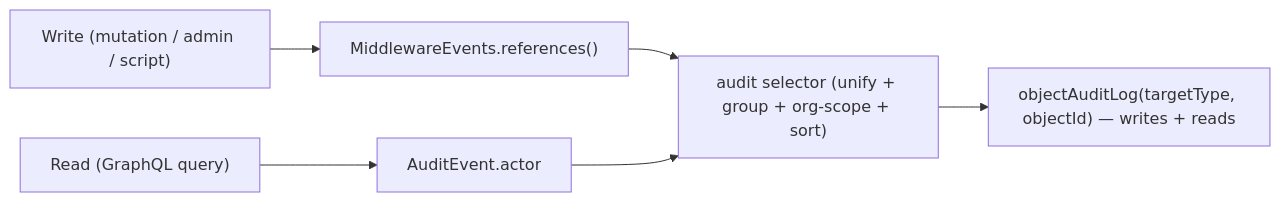
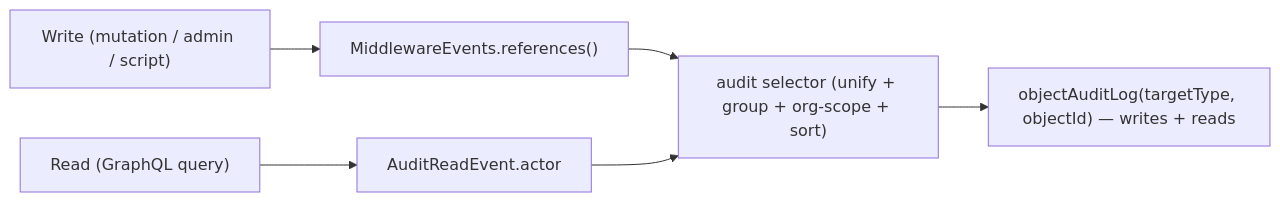
The second of 2 diagrams in docs/adr/0004-shelter-audit-log.md (BetterAngelsLA/monorepo), drawn with Mermaid before and after one commit. The commit also changed other lines of this file, not shown here.

First line of the commit message:
docs(adr): revise shelter audit log plan (naming, pagination, rendering, retention)

````diff
--- a/docs/adr/0004-shelter-audit-log.md
+++ b/docs/adr/0004-shelter-audit-log.md
@@ -1461,8 +1447,8 @@
 ```mermaid
 flowchart LR
   write["Write (mutation / admin / script)"] --> pg["MiddlewareEvents.references()"]
-  read["Read (GraphQL query)"] --> ae["AuditEvent.actor"]
+  read["Read (GraphQL query)"] --> ae["AuditReadEvent.actor"]
   pg --> selector["audit selector (unify + group + org-scope + sort)"]
   ae --> selector
   selector --> q1["objectAuditLog(targetType, objectId) — writes + reads"]
 ```
````
